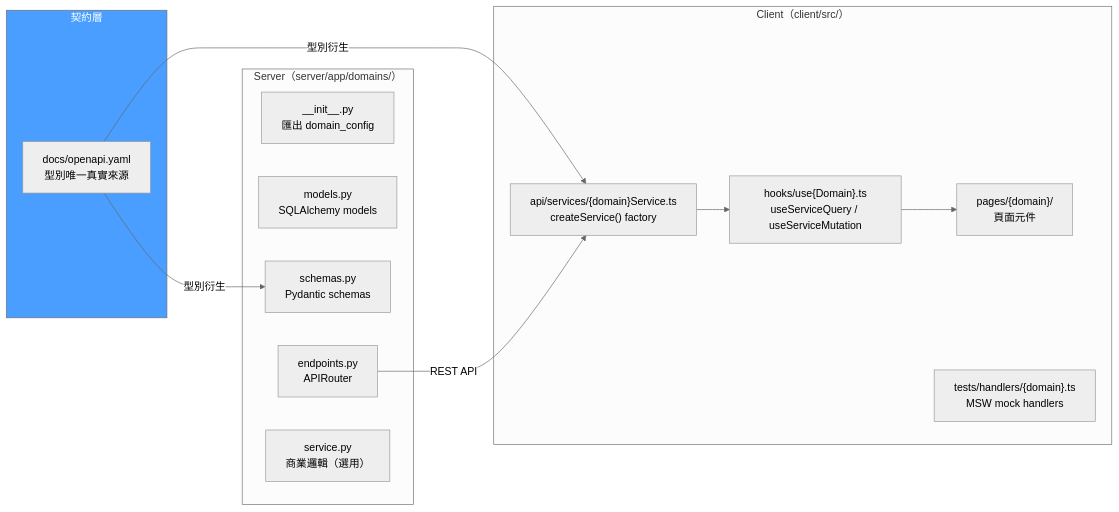
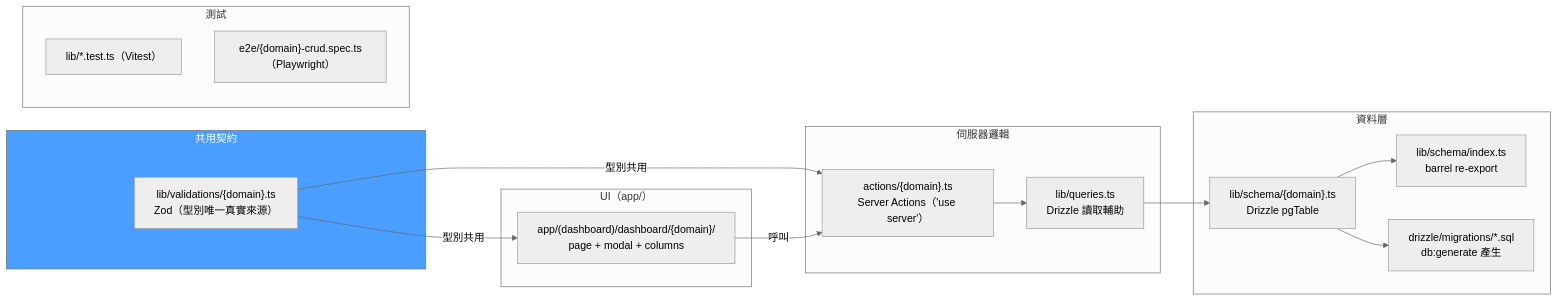
The third of 3 diagrams in docs/diagrams/domain-structure.md (cloud-f1/shutien-p2-lab3-nexjs-template), drawn with Mermaid (neutral theme) before and after one commit. The commit also changed other lines of this file and 71 other files, not shown here.

````diff
--- a/docs/diagrams/domain-structure.md
+++ b/docs/diagrams/domain-structure.md
@@ -78,29 +74,35 @@
 ```mermaid
 graph LR
-    subgraph Server["Server（server/app/domains/）"]
-        SI["__init__.py<br/>匯出 domain_config"]
-        SM["models.py<br/>SQLAlchemy models"]
-        SS["schemas.py<br/>Pydantic schemas"]
-        SE["endpoints.py<br/>APIRouter"]
-        SV["service.py<br/>商業邏輯（選用）"]
+    subgraph Data["資料層"]
+        SCH["lib/schema/{domain}.ts<br/>Drizzle pgTable"]
+        IDX["lib/schema/index.ts<br/>barrel re-export"]
+        MIG["drizzle/migrations/*.sql<br/>db:generate 產生"]
     end
 
-    subgraph Client["Client（client/src/）"]
-        CS["api/services/{domain}Service.ts<br/>createService() factory"]
-        CH["hooks/use{Domain}.ts<br/>useServiceQuery / useServiceMutation"]
-        CP["pages/{domain}/<br/>頁面元件"]
-        CT["tests/handlers/{domain}.ts<br/>MSW mock handlers"]
+    subgraph Server["伺服器邏輯"]
+        ACT["actions/{domain}.ts<br/>Server Actions（'use server'）"]
+        QRY["lib/queries.ts<br/>Drizzle 讀取輔助"]
     end
 
-    subgraph OpenAPI["契約層"]
-        OA["docs/openapi.yaml<br/>型別唯一真實來源"]
+    subgraph Shared["共用契約"]
+        ZOD["lib/validations/{domain}.ts<br/>Zod（型別唯一真實來源）"]
     end
 
-    OA -->|"型別衍生"| SS
-    OA -->|"型別衍生"| CS
-    SE -->|"REST API"| CS
-    CS --> CH
-    CH --> CP
+    subgraph Client["UI（app/）"]
+        PG["app/(dashboard)/dashboard/{domain}/<br/>page + modal + columns"]
+    end
 
-    style OpenAPI fill:#4a9eff,color:#fff
+    subgraph Test["測試"]
+        UNIT["lib/*.test.ts（Vitest）"]
+        E2E["e2e/{domain}-crud.spec.ts（Playwright）"]
+    end
+
+    SCH --> IDX
+    SCH --> MIG
+    ZOD -->|型別共用| ACT
+    ZOD -->|型別共用| PG
+    ACT --> QRY --> SCH
+    PG -->|呼叫| ACT
+
+    style Shared fill:#4a9eff,color:#fff
 ```
````
